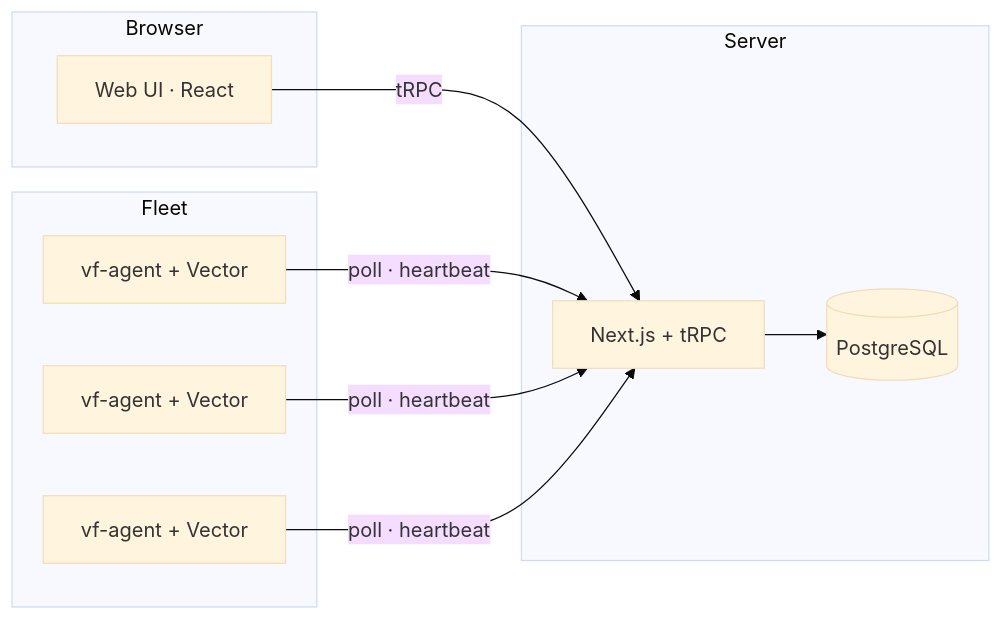
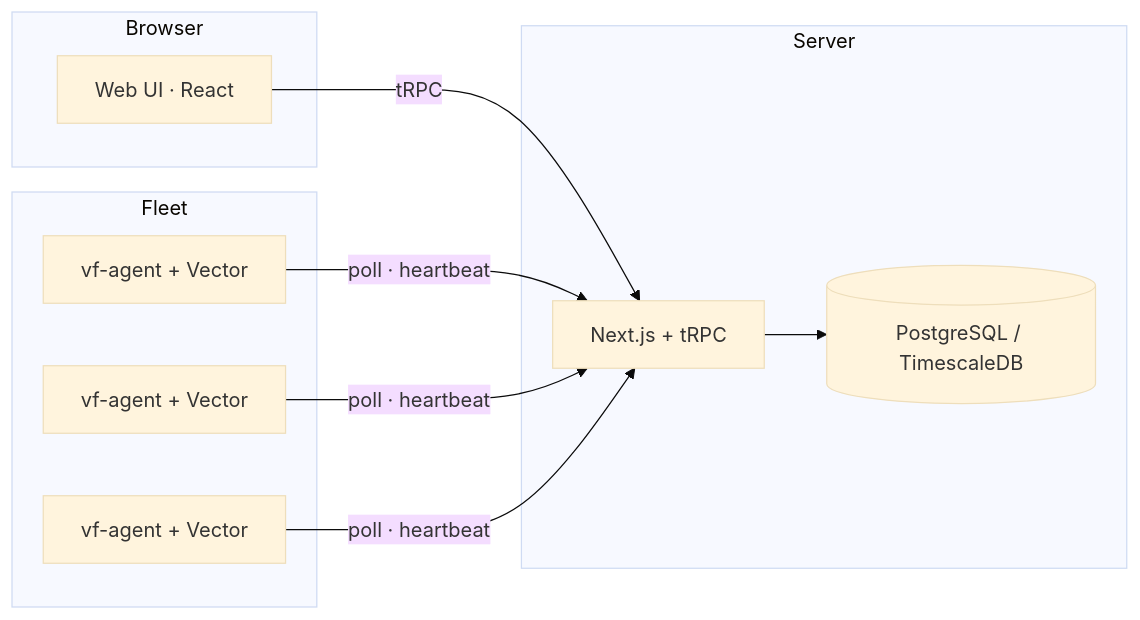
The diagram in README.md (TerrifiedBug/vectorflow), drawn with Mermaid (base theme) before and after one commit. The commit also changed other lines of this file and 6 other files, not shown here.

````diff
--- a/README.md
+++ b/README.md
@@ -101,21 +101,21 @@
 ```mermaid
 graph LR
     subgraph Browser
         UI["Web UI · React"]
     end
     subgraph Server
         Next["Next.js + tRPC"]
-        DB[("PostgreSQL")]
+        DB[("PostgreSQL / TimescaleDB")]
     end
     subgraph Fleet
         A1["vf-agent + Vector"]
         A2["vf-agent + Vector"]
         A3["vf-agent + Vector"]
     end
 
     UI -->|tRPC| Next
     Next --> DB
     A1 -->|"poll · heartbeat"| Next
     A2 -->|"poll · heartbeat"| Next
     A3 -->|"poll · heartbeat"| Next
 ```
````
